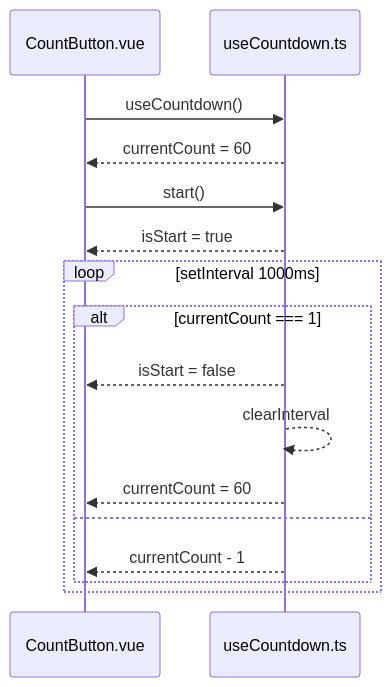
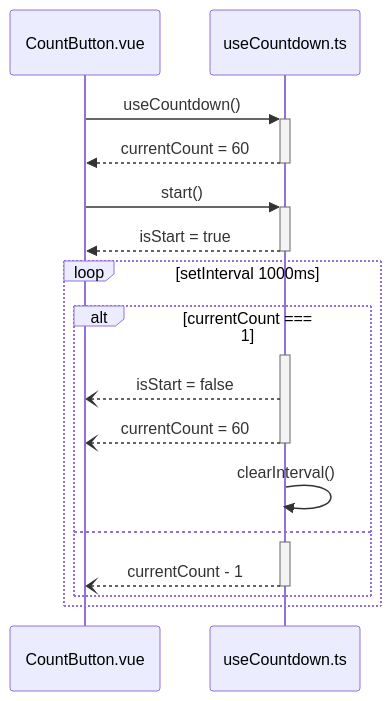
The diagram in uml/倒计时.md (ReinerLau/vue-vben-admin), drawn with Mermaid before and after one commit.

Commit message:
docs(登录页): 倒计时

````diff
--- a/uml/倒计时.md
+++ b/uml/倒计时.md
@@ -1,18 +1,22 @@
 ```mermaid
 sequenceDiagram
   participant A as CountButton.vue
   participant B as useCountdown.ts
-  A->>B: useCountdown()
-  B-->>A: currentCount = 60
-  A->>B: start()
-  B-->>A: isStart = true
+  A->>+B: useCountdown()
+  B-->>-A: currentCount = 60
+  A->>+B: start()
+  B-->>-A: isStart = true
   loop setInterval 1000ms
     alt currentCount === 1
-      B-->>A: isStart = false
-      B-->>B: clearInterval
-      B-->>A: currentCount = 60
+      activate B
+      B--)A: isStart = false
+      B--)A: currentCount = 60
+      deactivate B
+      B->>B: clearInterval()
     else
-      B-->>A: currentCount - 1
+      activate B
+      B--)A: currentCount - 1
+      deactivate B
     end
   end
 ```
````
